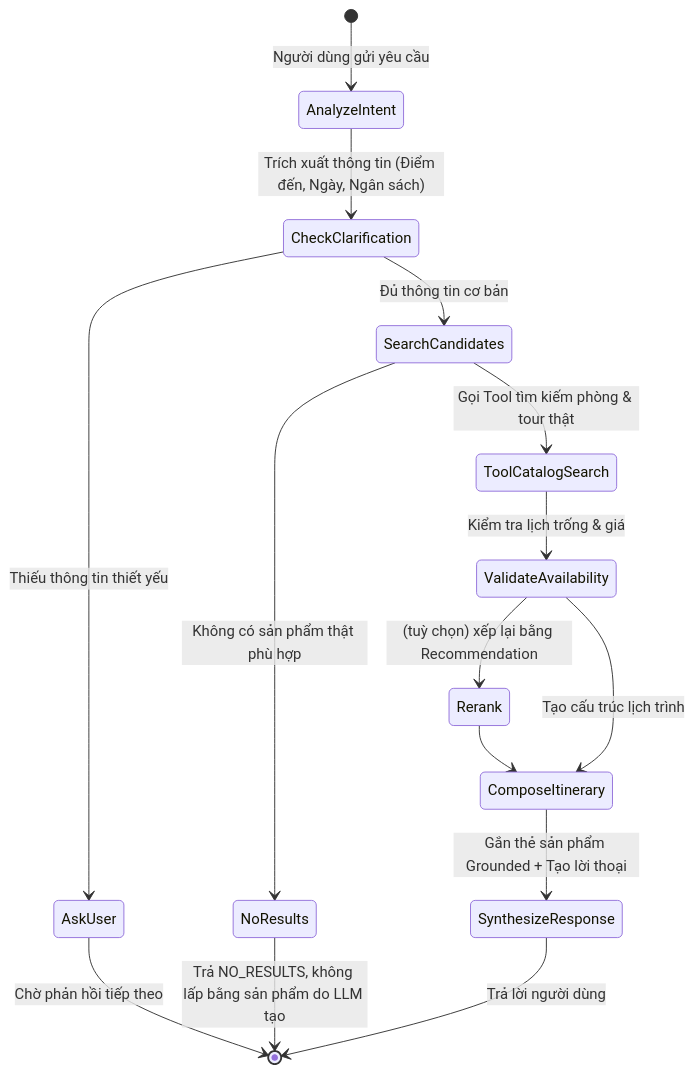
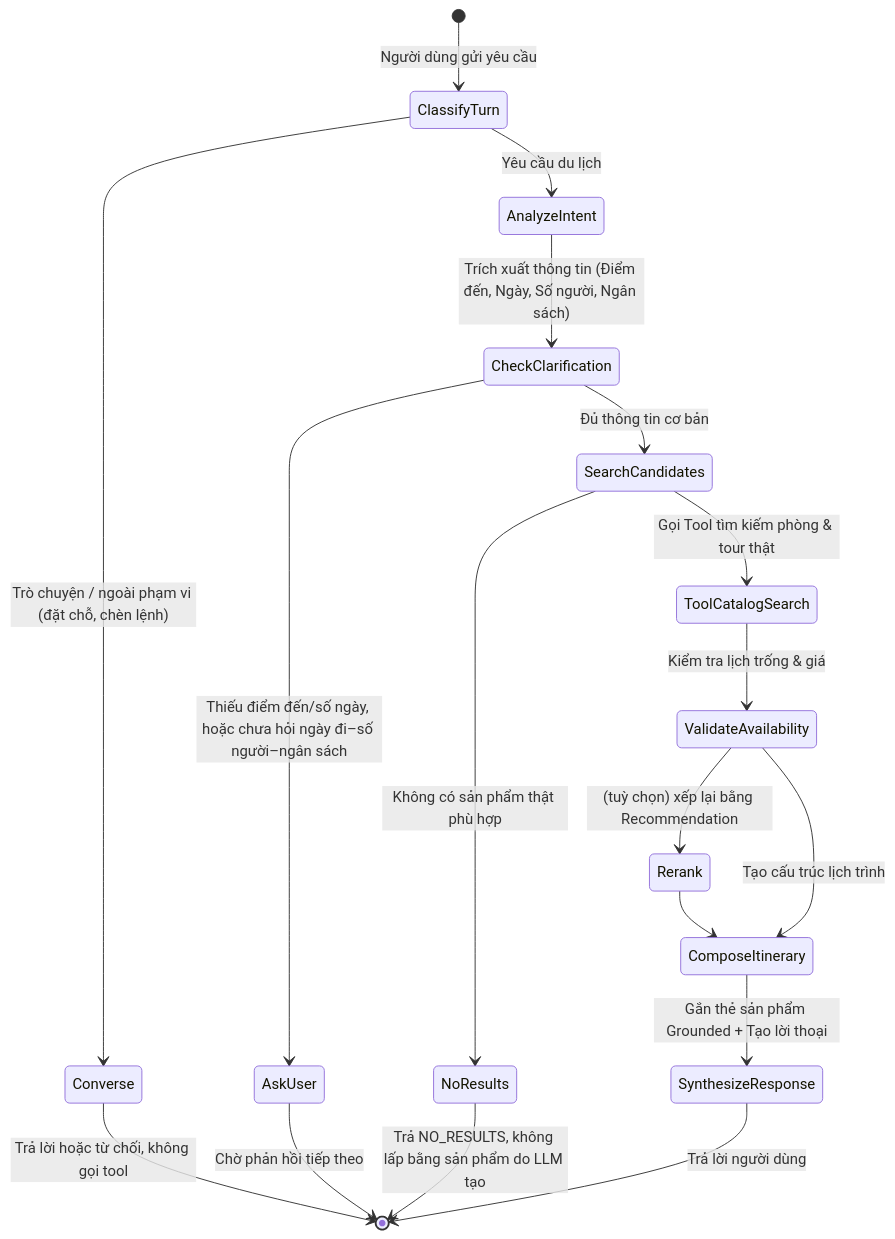
The second of 2 diagrams in docs/prd/architecture.md (NguyenNhat4/Travel-Recommend-System), drawn with Mermaid before and after one commit. The commit also changed other lines of this file and 28 other files, not shown here.

````diff
--- a/docs/prd/architecture.md
+++ b/docs/prd/architecture.md
@@ -169,20 +170,23 @@
 ```mermaid
 stateDiagram-v2
-    [*] --> AnalyzeIntent: Người dùng gửi yêu cầu
-    AnalyzeIntent --> CheckClarification: Trích xuất thông tin (Điểm đến, Ngày, Ngân sách)
+    [*] --> ClassifyTurn: Người dùng gửi yêu cầu
+    ClassifyTurn --> Converse: Trò chuyện / ngoài phạm vi (đặt chỗ, chèn lệnh)
+    Converse --> [*]: Trả lời hoặc từ chối, không gọi tool
+    ClassifyTurn --> AnalyzeIntent: Yêu cầu du lịch
+    AnalyzeIntent --> CheckClarification: Trích xuất thông tin (Điểm đến, Ngày, Số người, Ngân sách)
     
-    CheckClarification --> AskUser: Thiếu thông tin thiết yếu
+    CheckClarification --> AskUser: Thiếu điểm đến/số ngày, hoặc chưa hỏi ngày đi–số người–ngân sách
     AskUser --> [*]: Chờ phản hồi tiếp theo
     
     CheckClarification --> SearchCandidates: Đủ thông tin cơ bản
     SearchCandidates --> ToolCatalogSearch: Gọi Tool tìm kiếm phòng & tour thật
     ToolCatalogSearch --> ValidateAvailability: Kiểm tra lịch trống & giá
     
     SearchCandidates --> NoResults: Không có sản phẩm thật phù hợp
     NoResults --> [*]: Trả NO_RESULTS, không lấp bằng sản phẩm do LLM tạo
     ValidateAvailability --> Rerank: (tuỳ chọn) xếp lại bằng Recommendation
     Rerank --> ComposeItinerary
     ValidateAvailability --> ComposeItinerary: Tạo cấu trúc lịch trình
     ComposeItinerary --> SynthesizeResponse: Gắn thẻ sản phẩm Grounded + Tạo lời thoại
     SynthesizeResponse --> [*]: Trả lời người dùng
 ```
````
